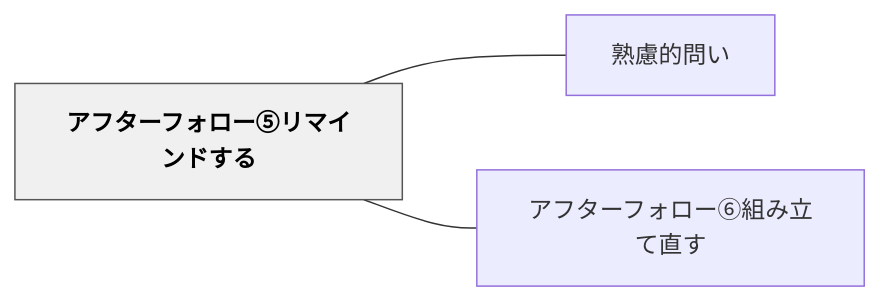
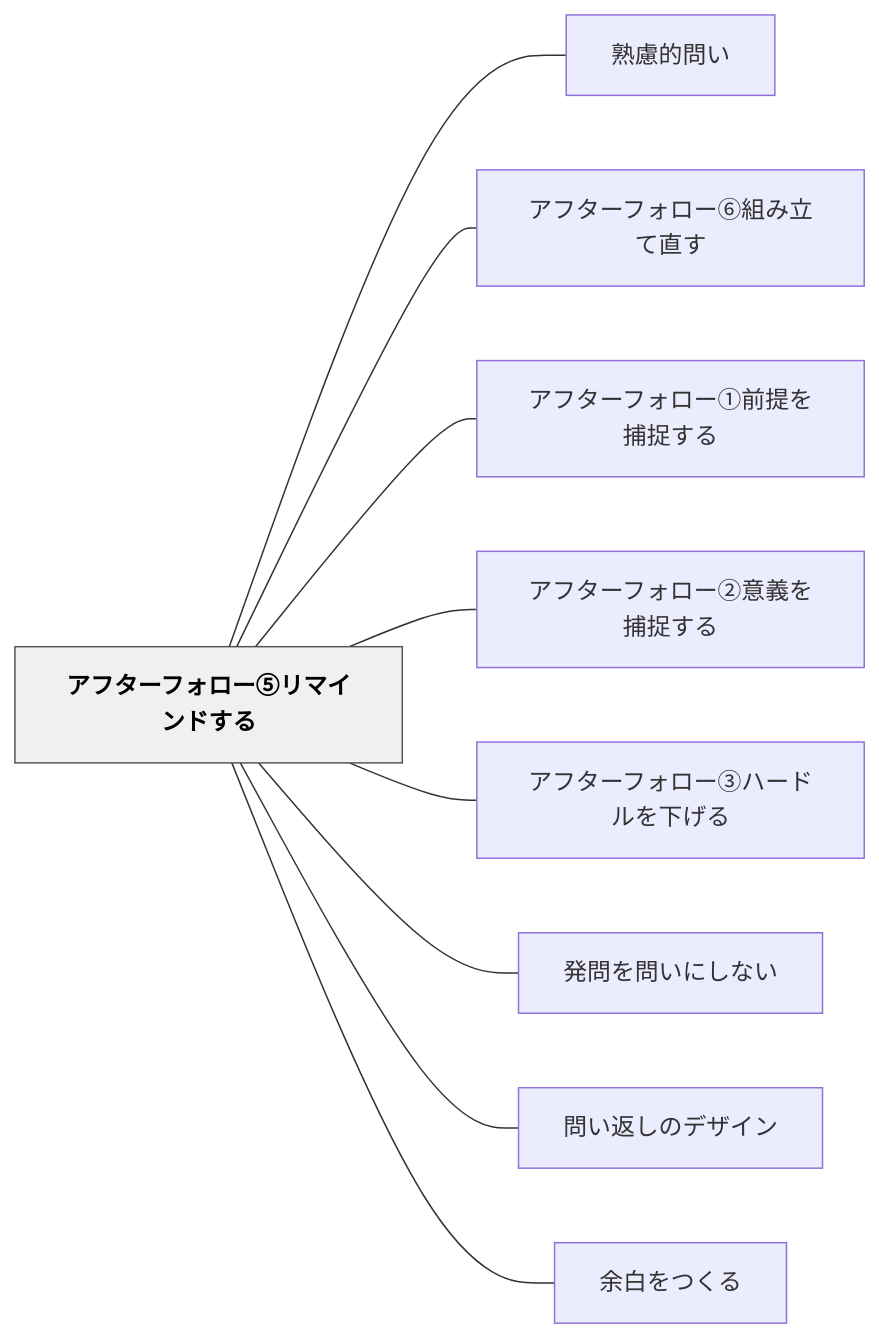
Before and after one commit to unknownthings-ed-patterns/unknownthings-ed-patterns: the diagram in content/パタン/アフターフォロー⑤リマインドする.md, drawn with Mermaid. The commit also changed other lines of this file and 38 other files, not shown here.

````diff
--- a/content/パタン/アフターフォロー⑤リマインドする.md
+++ b/content/パタン/アフターフォロー⑤リマインドする.md
@@ -39,12 +46,24 @@
 ```mermaid
 flowchart LR
     ne382a2e38395e382bfe383bce38395e382a9e383ade383bce291a4e383aae3839ee382a4e383b3e38389e38199e3828b["アフターフォロー⑤リマインドする"]
     ne7869fe685aee79a84e5958fe38184["熟慮的問い"]
     ne382a2e38395e382bfe383bce38395e382a9e383ade383bce291a5e7b584e381bfe7ab8be381a6e79bb4e38199["アフターフォロー⑥組み立て直す"]
+    ne382a2e38395e382bfe383bce38395e382a9e383ade383bce291a0e5898de68f90e38292e68d95e68d89e38199e3828b["アフターフォロー①前提を捕捉する"]
+    ne382a2e38395e382bfe383bce38395e382a9e383ade383bce291a1e6848fe7bea9e38292e68d95e68d89e38199e3828b["アフターフォロー②意義を捕捉する"]
+    ne382a2e38395e382bfe383bce38395e382a9e383ade383bce291a2e3838fe383bce38389e383abe38292e4b88be38192e3828b["アフターフォロー③ハードルを下げる"]
+    ne799bae5958fe38292e5958fe38184e381abe38197e381aae38184["発問を問いにしない"]
+    ne5958fe38184e8bf94e38197e381aee38387e382b6e382a4e383b3["問い返しのデザイン"]
+    ne4bd99e799bde38292e381a4e3818fe3828b["余白をつくる"]
 
     ne382a2e38395e382bfe383bce38395e382a9e383ade383bce291a4e383aae3839ee382a4e383b3e38389e38199e3828b --- ne7869fe685aee79a84e5958fe38184
     ne382a2e38395e382bfe383bce38395e382a9e383ade383bce291a4e383aae3839ee382a4e383b3e38389e38199e3828b --- ne382a2e38395e382bfe383bce38395e382a9e383ade383bce291a5e7b584e381bfe7ab8be381a6e79bb4e38199
+    ne382a2e38395e382bfe383bce38395e382a9e383ade383bce291a4e383aae3839ee382a4e383b3e38389e38199e3828b --- ne382a2e38395e382bfe383bce38395e382a9e383ade383bce291a0e5898de68f90e38292e68d95e68d89e38199e3828b
+    ne382a2e38395e382bfe383bce38395e382a9e383ade383bce291a4e383aae3839ee382a4e383b3e38389e38199e3828b --- ne382a2e38395e382bfe383bce38395e382a9e383ade383bce291a1e6848fe7bea9e38292e68d95e68d89e38199e3828b
+    ne382a2e38395e382bfe383bce38395e382a9e383ade383bce291a4e383aae3839ee382a4e383b3e38389e38199e3828b --- ne382a2e38395e382bfe383bce38395e382a9e383ade383bce291a2e3838fe383bce38389e383abe38292e4b88be38192e3828b
+    ne382a2e38395e382bfe383bce38395e382a9e383ade383bce291a4e383aae3839ee382a4e383b3e38389e38199e3828b --- ne799bae5958fe38292e5958fe38184e381abe38197e381aae38184
+    ne382a2e38395e382bfe383bce38395e382a9e383ade383bce291a4e383aae3839ee382a4e383b3e38389e38199e3828b --- ne5958fe38184e8bf94e38197e381aee38387e382b6e382a4e383b3
+    ne382a2e38395e382bfe383bce38395e382a9e383ade383bce291a4e383aae3839ee382a4e383b3e38389e38199e3828b --- ne4bd99e799bde38292e381a4e3818fe3828b
 
     classDef hub fill:#f0f0f0,stroke:#555,color:#000,font-weight:bold
     class ne382a2e38395e382bfe383bce38395e382a9e383ade383bce291a4e383aae3839ee382a4e383b3e38389e38199e3828b hub
 ```
````
